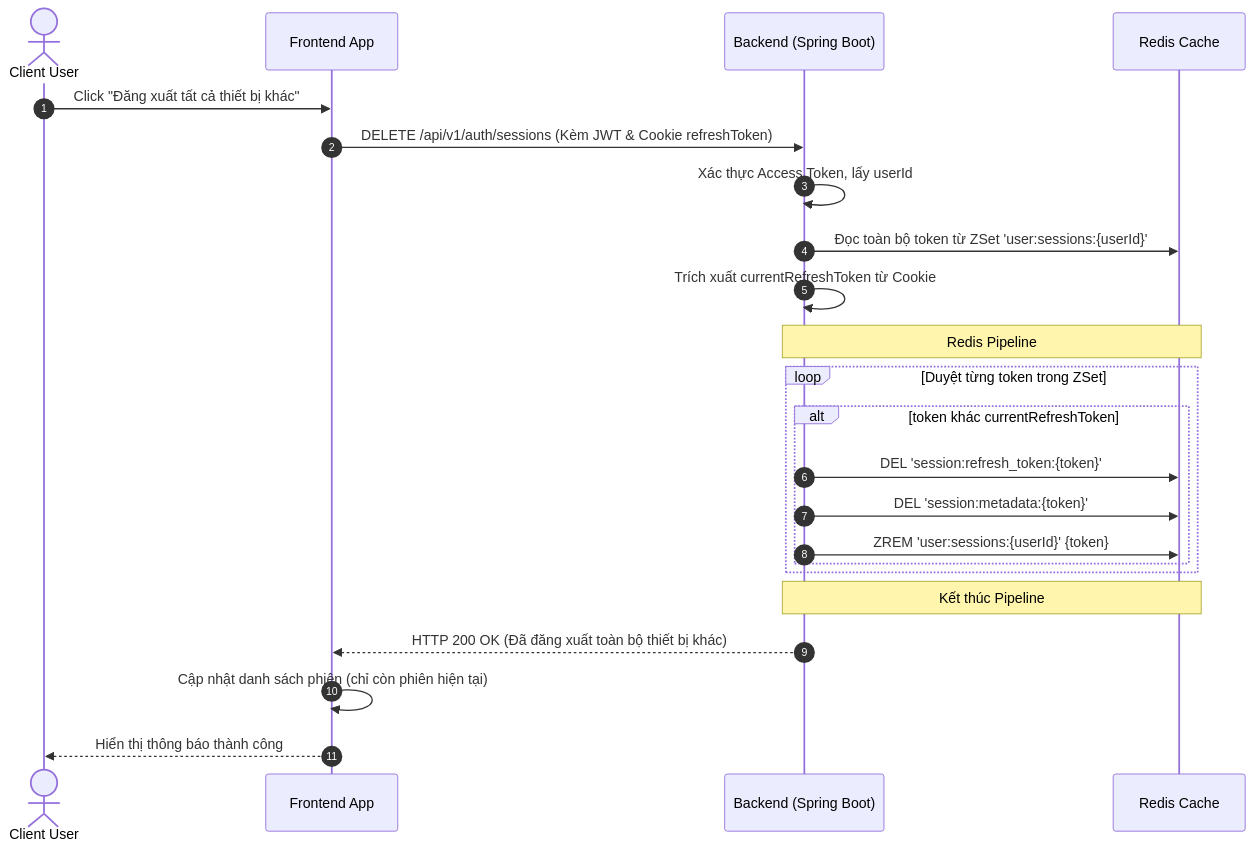
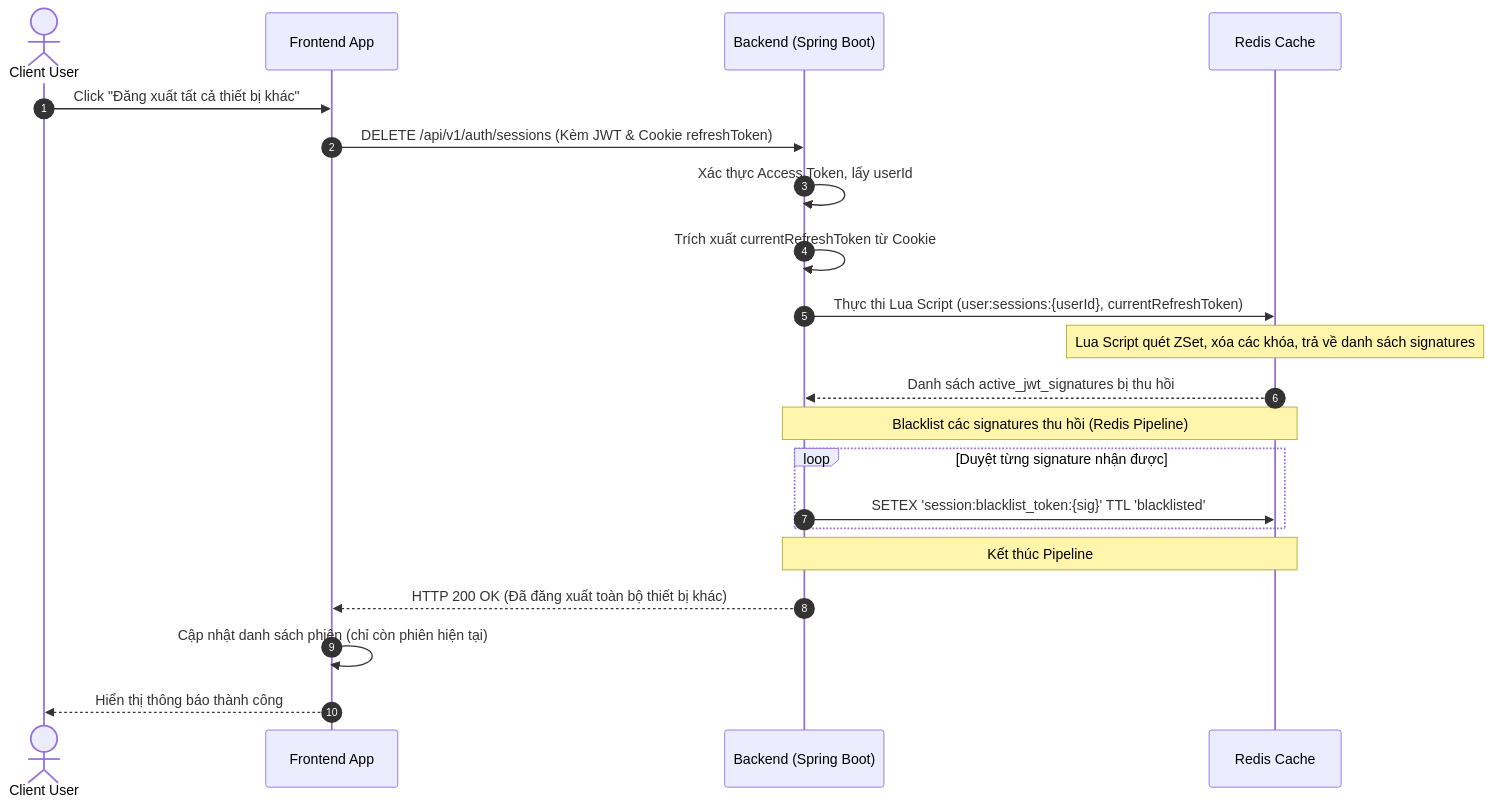
Before and after one commit to NguyenDucHoangNam/PWB_Mini: the second of 3 diagrams in docs/1. Identity & Access Management/07_session_management.md, drawn with Mermaid. The commit also changed other lines of this file and 22 other files, not shown here.

````diff
--- a/docs/1. Identity & Access Management/07_session_management.md
+++ b/docs/1. Identity & Access Management/07_session_management.md
@@ -97,29 +111,28 @@
 ```mermaid
 sequenceDiagram
     autonumber
     actor User as Client User
     participant FE as Frontend App
     participant BE as Backend (Spring Boot)
     participant Redis as Redis Cache
 
     User->>FE: Click "Đăng xuất tất cả thiết bị khác"
     FE->>BE: DELETE /api/v1/auth/sessions (Kèm JWT & Cookie refreshToken)
     
     BE->>BE: Xác thực Access Token, lấy userId
-    BE->>Redis: Đọc toàn bộ token từ ZSet 'user:sessions:{userId}'
     BE->>BE: Trích xuất currentRefreshToken từ Cookie
     
-    Note over BE, Redis: Redis Pipeline
-    loop Duyệt từng token trong ZSet
-        alt token khác currentRefreshToken
-            BE->>Redis: DEL 'session:refresh_token:{token}'
-            BE->>Redis: DEL 'session:metadata:{token}'
-            BE->>Redis: ZREM 'user:sessions:{userId}' {token}
-        end
+    BE->>Redis: Thực thi Lua Script (user:sessions:{userId}, currentRefreshToken)
+    Note over Redis: Lua Script quét ZSet, xóa các khóa, trả về danh sách signatures
+    Redis-->>BE: Danh sách active_jwt_signatures bị thu hồi
+    
+    Note over BE, Redis: Blacklist các signatures thu hồi (Redis Pipeline)
+    loop Duyệt từng signature nhận được
+        BE->>Redis: SETEX 'session:blacklist_token:{sig}' TTL 'blacklisted'
     end
     Note over BE, Redis: Kết thúc Pipeline
     
     BE-->>FE: HTTP 200 OK (Đã đăng xuất toàn bộ thiết bị khác)
     FE->>FE: Cập nhật danh sách phiên (chỉ còn phiên hiện tại)
     FE-->>User: Hiển thị thông báo thành công
 ```
````
